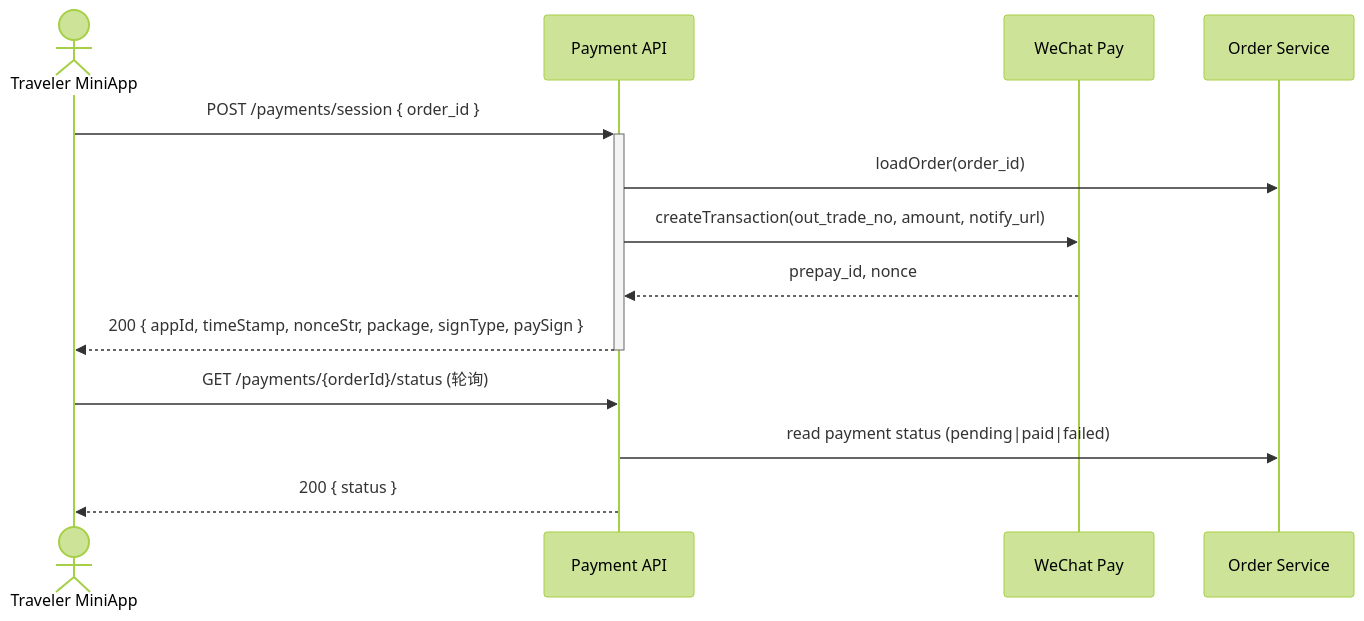
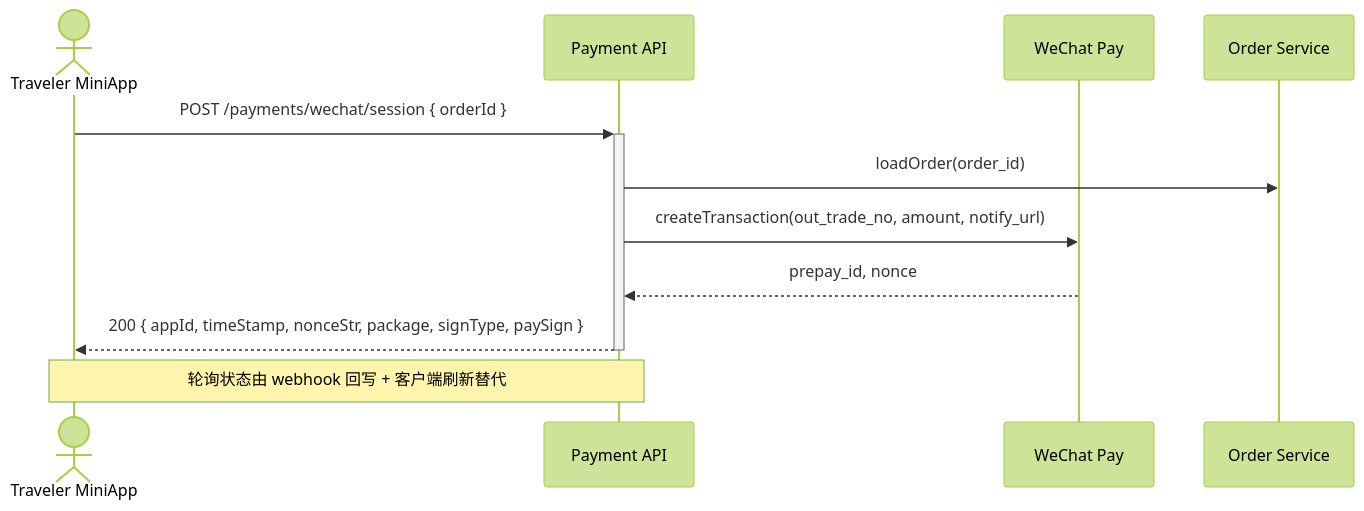
One commit to ahadu777/dudu-backend changed the diagram in docs/cards/wechat-payment-session.md. Above: the diagram before and after it, drawn with Mermaid (forest theme). The commit also changed other lines of this file and 17 other files, not shown here.

````diff
--- a/docs/cards/wechat-payment-session.md
+++ b/docs/cards/wechat-payment-session.md
@@ -31,15 +31,13 @@
 ```mermaid
 sequenceDiagram
   actor USER as Traveler MiniApp
   participant PAY as Payment API
   participant WECHAT as WeChat Pay
   participant ORD as Order Service
-  USER->>+PAY: POST /payments/session { order_id }
+  USER->>+PAY: POST /payments/wechat/session { orderId }
   PAY->>ORD: loadOrder(order_id)
   PAY->>WECHAT: createTransaction(out_trade_no, amount, notify_url)
   WECHAT-->>PAY: prepay_id, nonce
   PAY-->>-USER: 200 { appId, timeStamp, nonceStr, package, signType, paySign }
-  USER->>PAY: GET /payments/{orderId}/status (轮询)
-  PAY->>ORD: read payment status (pending|paid|failed)
-  PAY-->>USER: 200 { status }
+  note over USER,PAY: 轮询状态由 webhook 回写 + 客户端刷新替代
 ```
````
